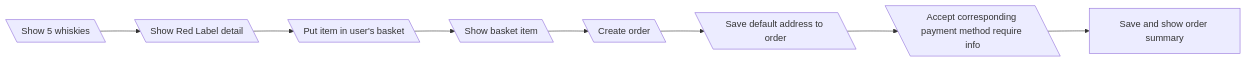
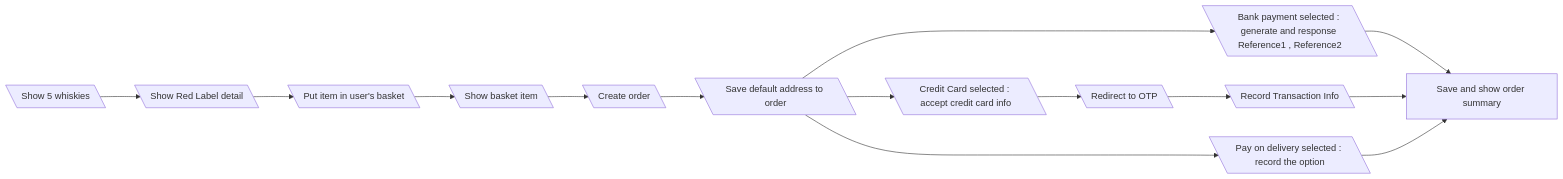
Before and after one commit to aniwat0554/assignment-java-boot-camp: the second of 5 diagrams in READMe.md, drawn with Mermaid.

Commit message:
add design for each payment methods

````diff
--- a/READMe.md
+++ b/READMe.md
@@ -21,8 +21,14 @@
 ```mermaid
     graph LR
     Catalog[\"Show 5 whiskies"\] --> Detail[\"Show Red Label detail"\]
     Detail --> BasketPut[\"Put item in user's basket"\]
     BasketPut --> Basket[\Show basket item\] --> Payment[\"Create order"\]--> Shipping[\"Save default address to order"\]
-    Shipping --> PaymentMethodSelect[\"Accept corresponding payment method require info"\]
-    PaymentMethodSelect --> Confirm["Save and show order summary"]
+    Shipping --> BankMethodSelect[\"Bank payment selected : generate and response Reference1 , Reference2"\]
+    Shipping --> CCMethodSelect[\"Credit Card selected : accept credit card info"\] --> CCRedirect[\"Redirect to OTP"\] --> CCAccept[\"Record Transaction Info"\]
+    Shipping --> PayOnDeli[\"Pay on delivery selected : record the option"\]
+    BankMethodSelect --> Confirm["Save and show order summary"]
+    
+    CCAccept --> Confirm["Save and show order summary"]
+    
+    PayOnDeli --> Confirm["Save and show order summary"]
 ```
````
